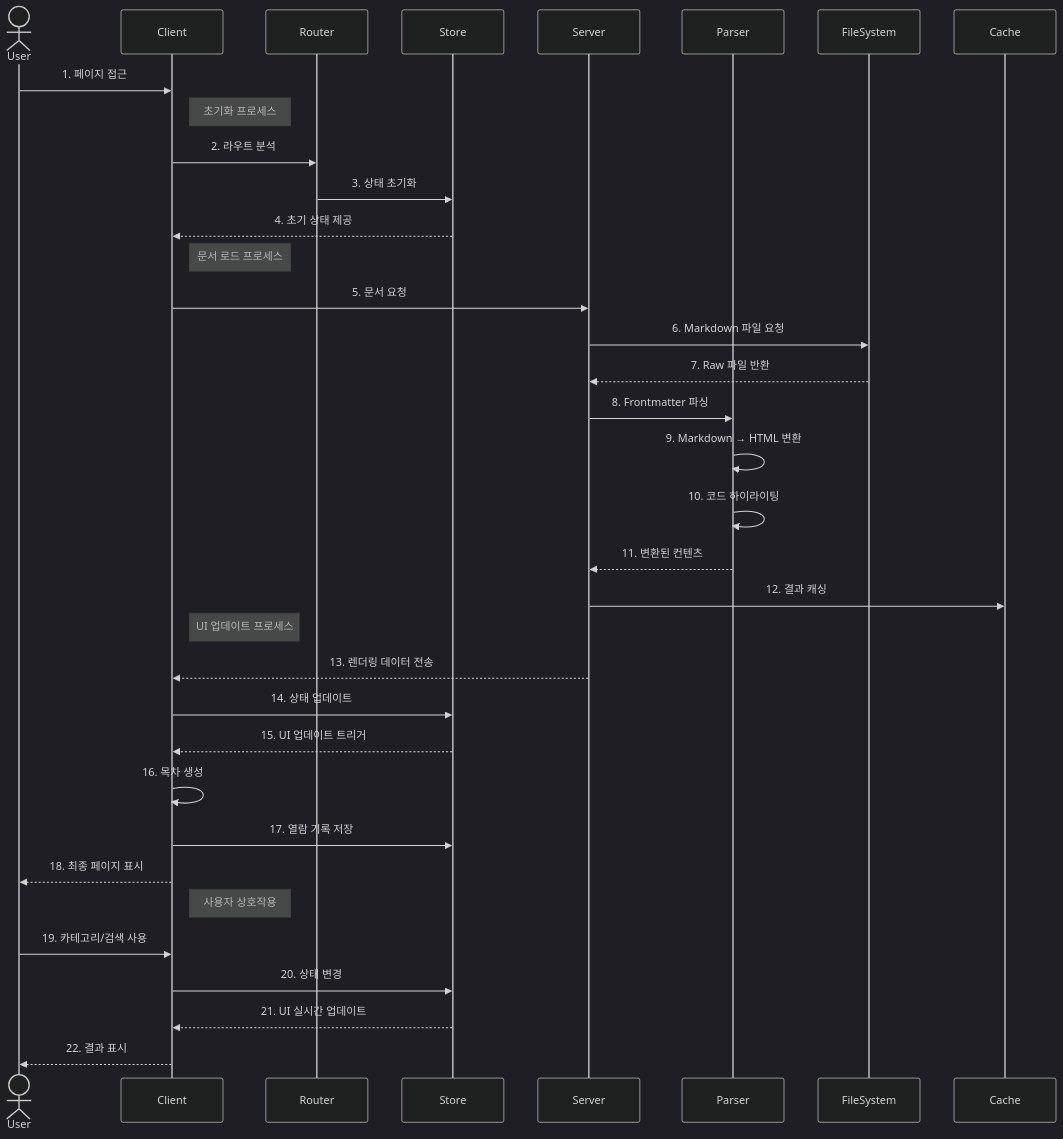
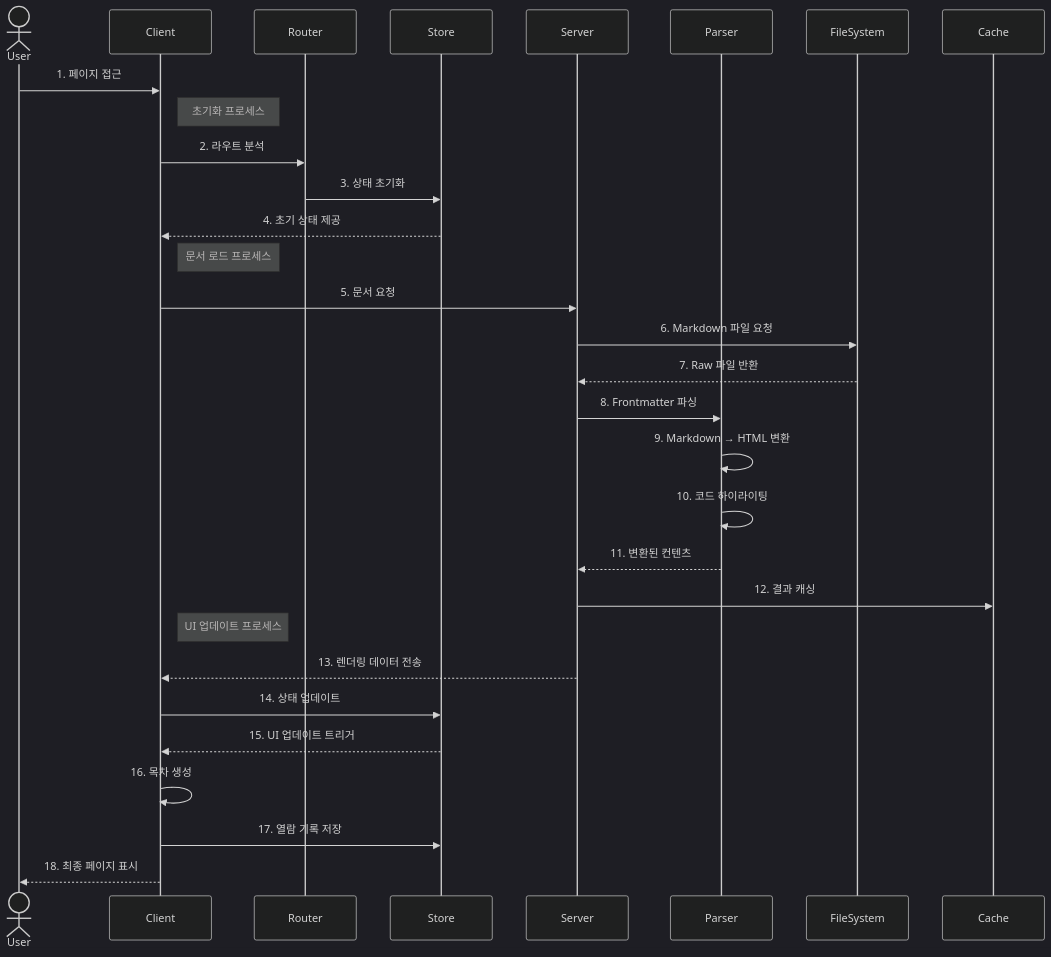
One commit to nimkoes/tech-blog changed the second of 2 diagrams in README.md. Above: the diagram before and after it, drawn with Mermaid (dark theme). The commit also changed other lines of this file and 2 other files, not shown here.

````diff
--- a/README.md
+++ b/README.md
@@ -28,43 +28,37 @@
 ```mermaid
 sequenceDiagram
     actor User
     participant Client
     participant Router
     participant Store
     participant Server
     participant Parser
     participant FileSystem
     participant Cache
 
     User->>Client: 1. 페이지 접근
     
     note right of Client: 초기화 프로세스
     Client->>Router: 2. 라우트 분석
     Router->>Store: 3. 상태 초기화
     Store-->>Client: 4. 초기 상태 제공
 
     note right of Client: 문서 로드 프로세스
     Client->>Server: 5. 문서 요청
     Server->>FileSystem: 6. Markdown 파일 요청
     FileSystem-->>Server: 7. Raw 파일 반환
     Server->>Parser: 8. Frontmatter 파싱
     Parser->>Parser: 9. Markdown → HTML 변환
     Parser->>Parser: 10. 코드 하이라이팅
     Parser-->>Server: 11. 변환된 컨텐츠
     Server->>Cache: 12. 결과 캐싱
 
     note right of Client: UI 업데이트 프로세스
     Server-->>Client: 13. 렌더링 데이터 전송
     Client->>Store: 14. 상태 업데이트
     Store-->>Client: 15. UI 업데이트 트리거
     Client->>Client: 16. 목차 생성
     Client->>Store: 17. 열람 기록 저장
 
     Client-->>User: 18. 최종 페이지 표시
-
-    note right of Client: 사용자 상호작용
-    User->>Client: 19. 카테고리/검색 사용
-    Client->>Store: 20. 상태 변경
-    Store-->>Client: 21. UI 실시간 업데이트
-    Client-->>User: 22. 결과 표시
 ```
````
